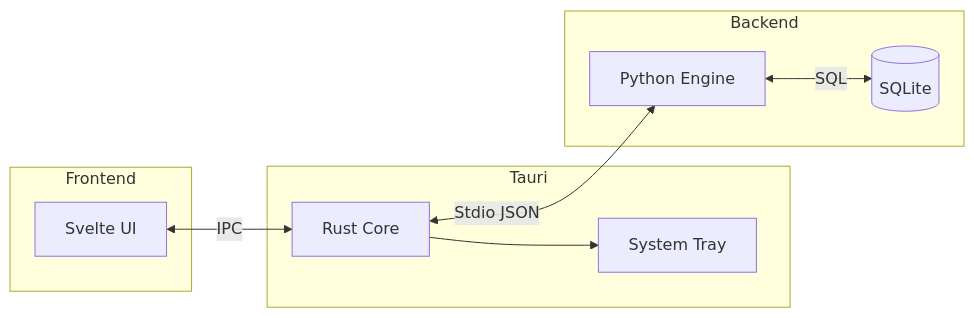
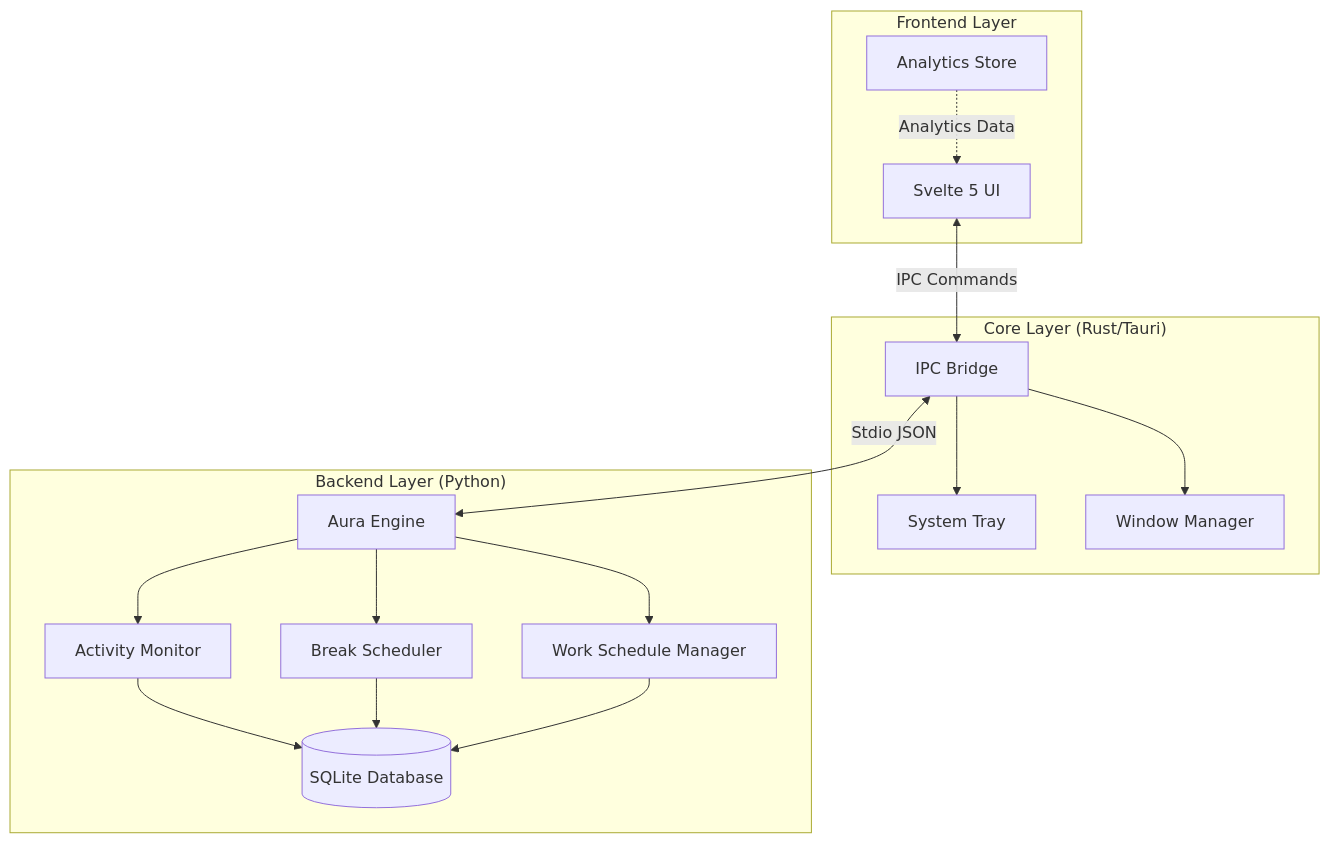
Before and after one commit to hei1sme/aura-app: the diagram in README.md, drawn with Mermaid. The commit also changed other lines of this file and 30 other files, not shown here.

````diff
--- a/README.md
+++ b/README.md
@@ -109,21 +162,33 @@
 ```mermaid
-graph LR
-    subgraph Frontend
-        UI[Svelte UI]
+graph TB
+    subgraph "Frontend Layer"
+        UI[Svelte 5 UI]
+        Store[Analytics Store]
     end
     
-    subgraph Tauri
-        Core[Rust Core]
+    subgraph "Core Layer (Rust/Tauri)"
+        Core[IPC Bridge]
         Tray[System Tray]
+        Windows[Window Manager]
     end
     
-    subgraph Backend
-        Py[Python Engine]
-        DB[(SQLite)]
+    subgraph "Backend Layer (Python)"
+        Engine[Aura Engine]
+        Monitor[Activity Monitor]
+        Scheduler[Break Scheduler]
+        WorkSched[Work Schedule Manager]
+        DB[(SQLite Database)]
     end
     
-    UI <-->|IPC| Core
-    Core <-->|Stdio JSON| Py
-    Py <-->|SQL| DB
+    UI <-->|IPC Commands| Core
+    Core <-->|Stdio JSON| Engine
+    Engine --> Monitor
+    Engine --> Scheduler
+    Engine --> WorkSched
+    Monitor --> DB
+    Scheduler --> DB
+    WorkSched --> DB
     Core --> Tray
+    Core --> Windows
+    Store -.->|Analytics Data| UI
 ```
````
